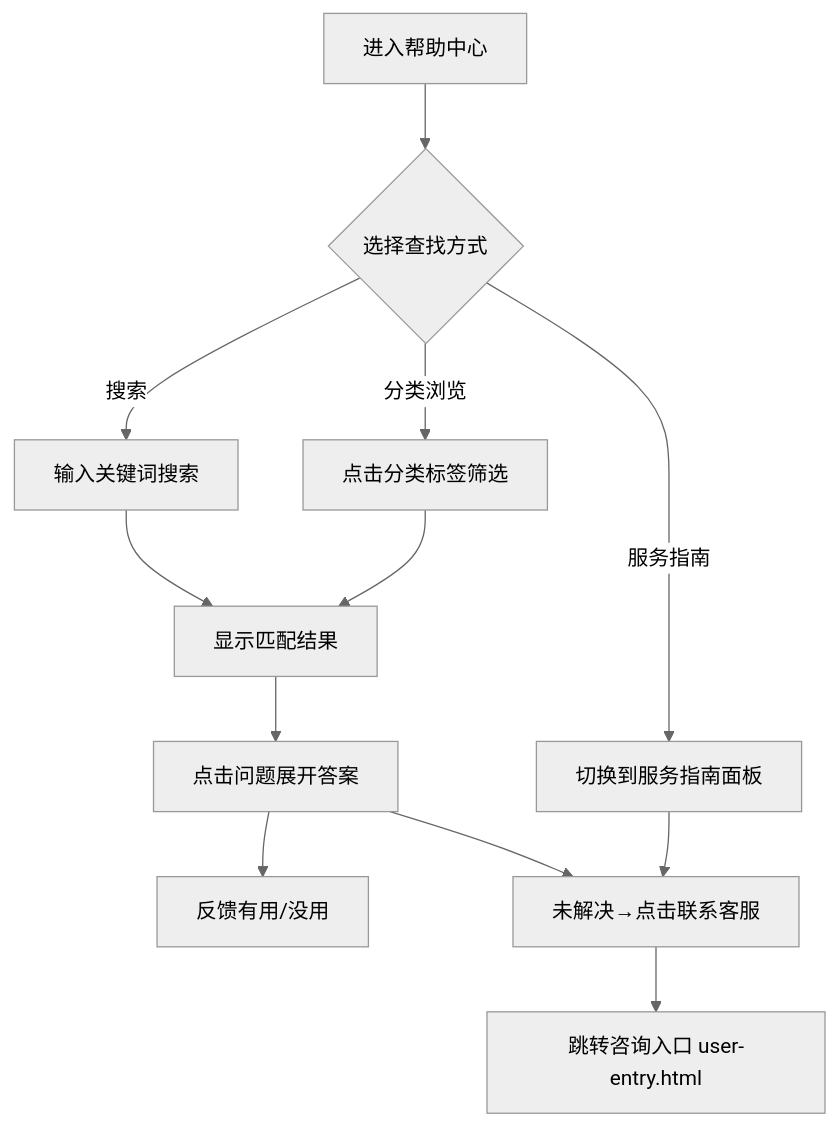
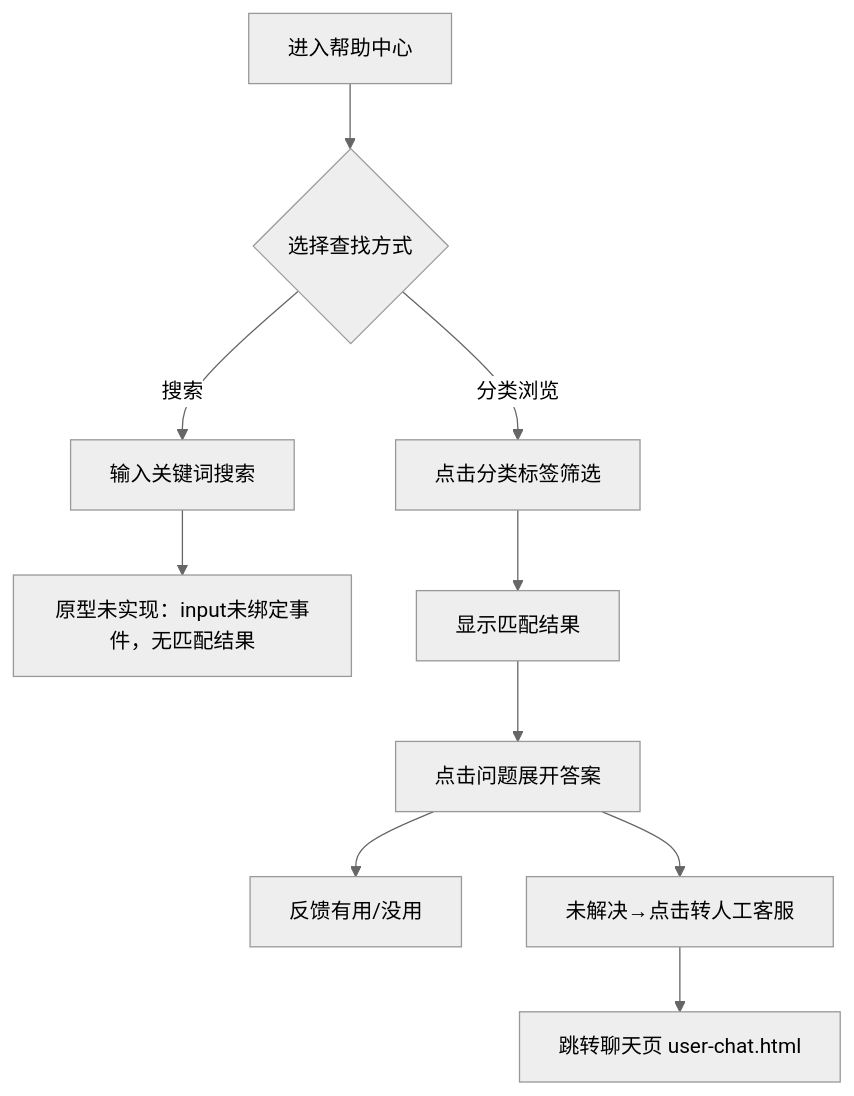
The diagram in prototype-cs/user/PRD/04-FAQ机器人客服.md (lyuxiaohei/OCS), drawn with Mermaid (neutral theme) before and after one commit. The commit also changed other lines of this file and 40 other files, not shown here.

Commit message:
feat: 卡片两端统一+订单详情+会话列表高保真+话术库+图片选择器

````diff
--- a/prototype-cs/user/PRD/04-FAQ机器人客服.md
+++ b/prototype-cs/user/PRD/04-FAQ机器人客服.md
@@ -40,14 +46,12 @@
 ```mermaid
 flowchart TD
     A[进入帮助中心] --> B{选择查找方式}
     B -->|搜索| C[输入关键词搜索]
-    C --> D[显示匹配结果]
+    C --> C1[原型未实现：input未绑定事件，无匹配结果]
     B -->|分类浏览| E[点击分类标签筛选]
-    E --> D
-    B -->|服务指南| F[切换到服务指南面板]
+    E --> D[显示匹配结果]
     D --> G[点击问题展开答案]
     G --> H[反馈有用/没用]
-    G --> I[未解决→点击联系客服]
-    F --> I
-    I --> J[跳转咨询入口 user-entry.html]
+    G --> I[未解决→点击转人工客服]
+    I --> J[跳转聊天页 user-chat.html]
 ```
````
